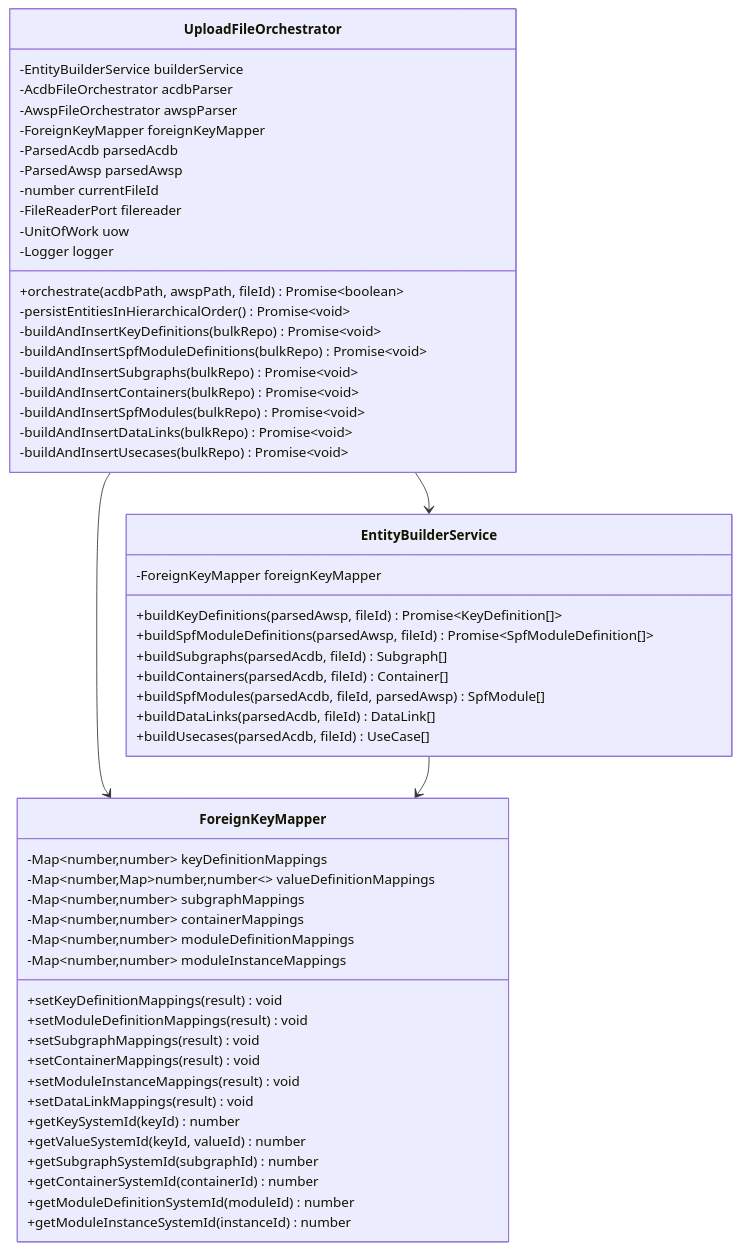
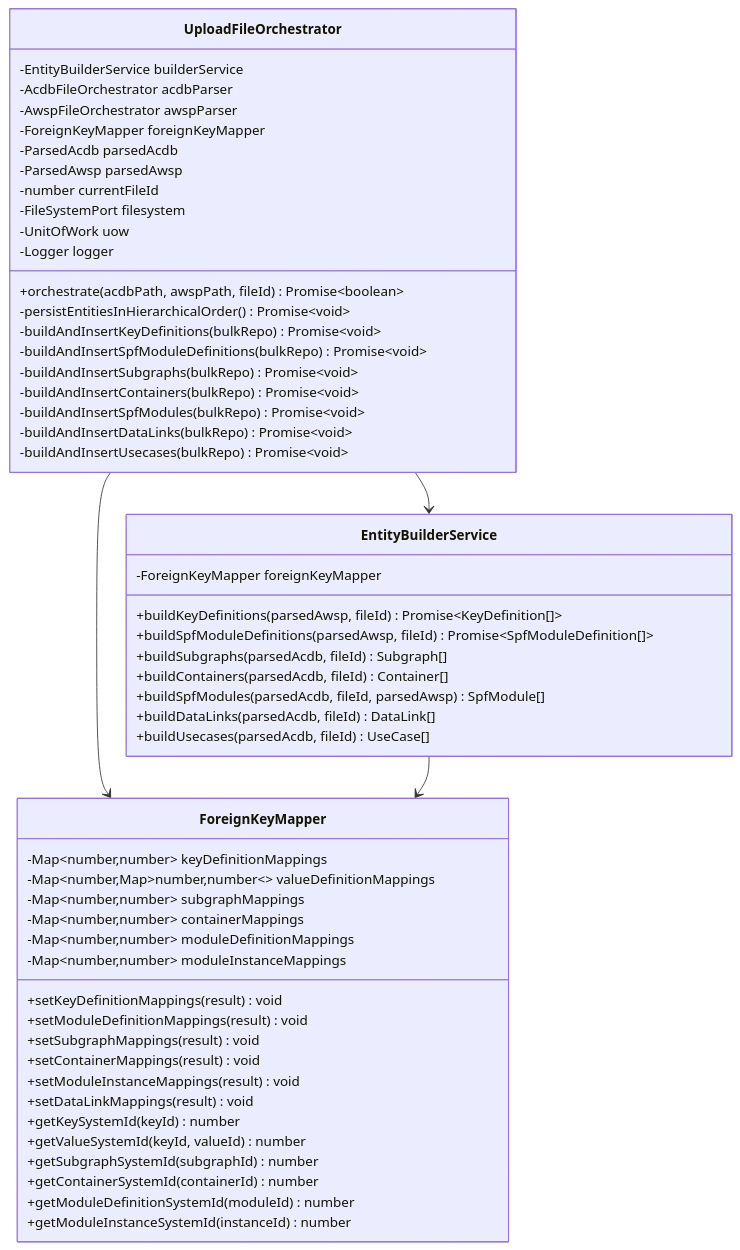
Before and after one commit to AudioReach/audioreach-creator-backend: the seventh of 9 diagrams in docs/upload-file-design.md, drawn with Mermaid. The commit also changed other lines of this file and 18 other files, not shown here.

First line of the commit message:
chore: rename FileReader to FileSystem

````diff
--- a/docs/upload-file-design.md
+++ b/docs/upload-file-design.md
@@ -858,61 +858,61 @@
 ```mermaid
 classDiagram
     class UploadFileOrchestrator {
         -EntityBuilderService builderService
         -AcdbFileOrchestrator acdbParser
         -AwspFileOrchestrator awspParser
         -ForeignKeyMapper foreignKeyMapper
         -ParsedAcdb parsedAcdb
         -ParsedAwsp parsedAwsp
         -number currentFileId
-        -FileReaderPort filereader
+        -FileSystemPort filesystem
         -UnitOfWork uow
         -Logger logger
 
         +orchestrate(acdbPath, awspPath, fileId) Promise~boolean~
         -persistEntitiesInHierarchicalOrder() Promise~void~
         -buildAndInsertKeyDefinitions(bulkRepo) Promise~void~
         -buildAndInsertSpfModuleDefinitions(bulkRepo) Promise~void~
         -buildAndInsertSubgraphs(bulkRepo) Promise~void~
         -buildAndInsertContainers(bulkRepo) Promise~void~
         -buildAndInsertSpfModules(bulkRepo) Promise~void~
         -buildAndInsertDataLinks(bulkRepo) Promise~void~
         -buildAndInsertUsecases(bulkRepo) Promise~void~
     }
 
     class EntityBuilderService {
         -ForeignKeyMapper foreignKeyMapper
         +buildKeyDefinitions(parsedAwsp, fileId) Promise~KeyDefinition[]~
         +buildSpfModuleDefinitions(parsedAwsp, fileId) Promise~SpfModuleDefinition[]~
         +buildSubgraphs(parsedAcdb, fileId) Subgraph[]
         +buildContainers(parsedAcdb, fileId) Container[]
         +buildSpfModules(parsedAcdb, fileId, parsedAwsp) SpfModule[]
         +buildDataLinks(parsedAcdb, fileId) DataLink[]
         +buildUsecases(parsedAcdb, fileId) UseCase[]
     }
 
     class ForeignKeyMapper {
         -Map~number,number~ keyDefinitionMappings
         -Map~number,Map~number,number~~ valueDefinitionMappings
         -Map~number,number~ subgraphMappings
         -Map~number,number~ containerMappings
         -Map~number,number~ moduleDefinitionMappings
         -Map~number,number~ moduleInstanceMappings
         +setKeyDefinitionMappings(result) void
         +setModuleDefinitionMappings(result) void
         +setSubgraphMappings(result) void
         +setContainerMappings(result) void
         +setModuleInstanceMappings(result) void
         +setDataLinkMappings(result) void
         +getKeySystemId(keyId) number
         +getValueSystemId(keyId, valueId) number
         +getSubgraphSystemId(subgraphId) number
         +getContainerSystemId(containerId) number
         +getModuleDefinitionSystemId(moduleId) number
         +getModuleInstanceSystemId(instanceId) number
     }
 
     UploadFileOrchestrator --> EntityBuilderService
     UploadFileOrchestrator --> ForeignKeyMapper
     EntityBuilderService --> ForeignKeyMapper
 ```
````
